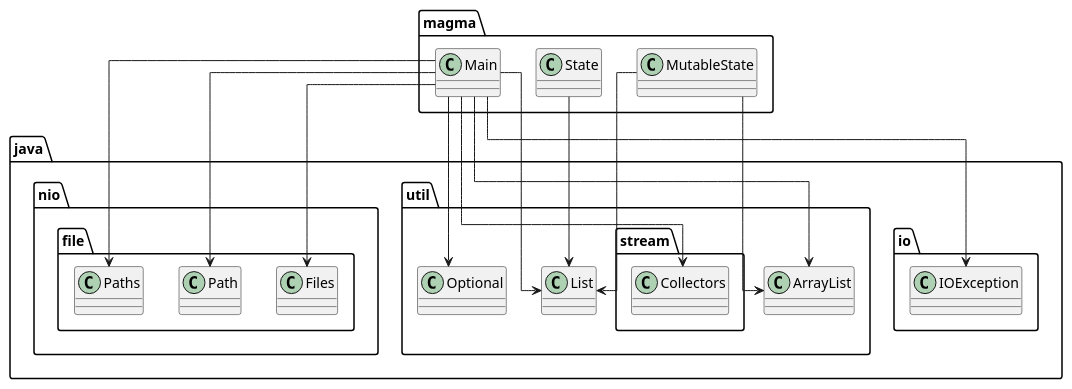
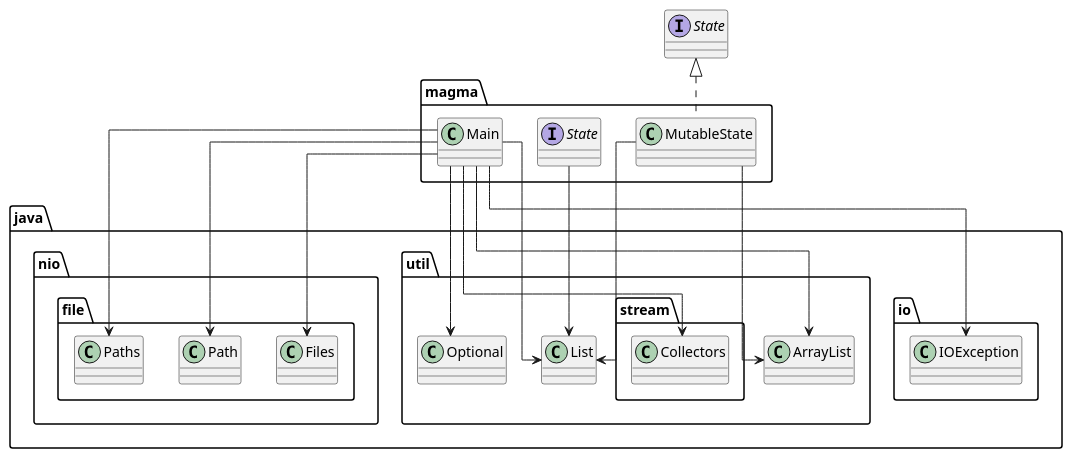
Before and after one commit to SirMathhman/Magma: the diagram in diagram.puml, drawn with PlantUML. The commit also changed 1 other file, not shown here.

```diff
--- a/diagram.puml
+++ b/diagram.puml
@@ -1,16 +1,17 @@
 @startuml
 skinparam linetype ortho
 magma.MutableState --> java.util.ArrayList
 magma.MutableState --> java.util.List
-class magma.MutableState
+class magma.MutableState implements State 
 magma.Main --> java.io.IOException
 magma.Main --> java.nio.file.Files
 magma.Main --> java.nio.file.Path
 magma.Main --> java.nio.file.Paths
 magma.Main --> java.util.ArrayList
 magma.Main --> java.util.List
 magma.Main --> java.util.Optional
 magma.Main --> java.util.stream.Collectors
-class magma.Main
+class magma.Main 
 magma.State --> java.util.List
+interface magma.State 
 @enduml
```
